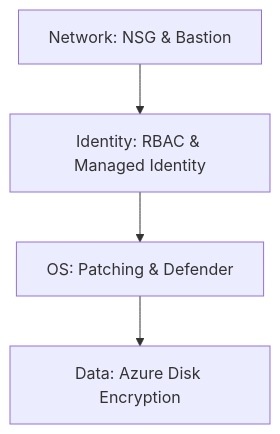
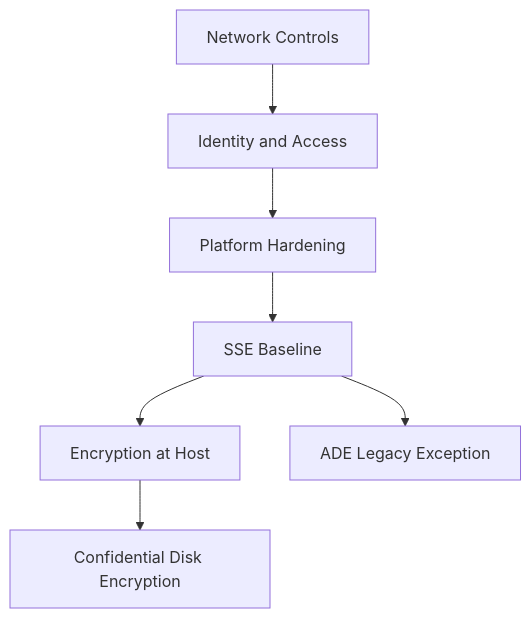
One commit to yeongseon/azure-virtual-machine-practical-guide changed the first of 2 diagrams in docs/best-practices/security-best-practices.md. Above: the diagram before and after it, drawn with Mermaid. The commit also changed other lines of this file and 44 other files, not shown here.

````diff
--- a/docs/best-practices/security-best-practices.md
+++ b/docs/best-practices/security-best-practices.md
@@ -17,11 +33,16 @@
 ```mermaid
 graph TD
-    Data[Data: Azure Disk Encryption]
-    OS[OS: Patching & Defender]
-    Identity[Identity: RBAC & Managed Identity]
-    Network[Network: NSG & Bastion]
-    
-    Network --> Identity
-    Identity --> OS
-    OS --> Data
+    N[Network Controls]
+    I[Identity and Access]
+    P[Platform Hardening]
+    S[SSE Baseline]
+    H[Encryption at Host]
+    C[Confidential Disk Encryption]
+    A[ADE Legacy Exception]
+    N --> I
+    I --> P
+    P --> S
+    S --> H
+    H --> C
+    S --> A
 ```
````
